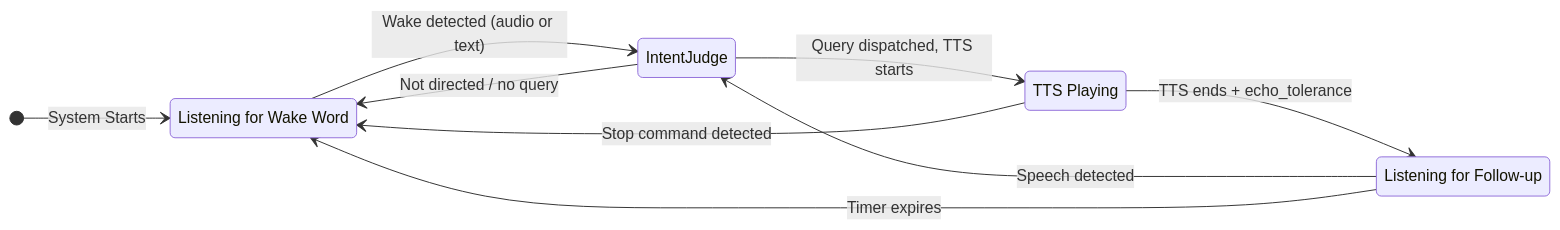
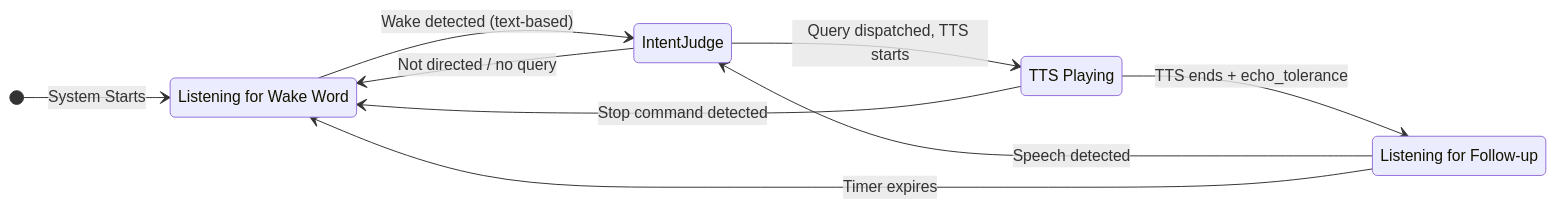
The diagram in src/jarvis/listening/listening.spec.md (isair/jarvis), drawn with Mermaid before and after one commit. The commit also changed other lines of this file and 35 other files, not shown here.

````diff
--- a/src/jarvis/listening/listening.spec.md
+++ b/src/jarvis/listening/listening.spec.md
@@ -272,17 +260,17 @@
 ```mermaid
 stateDiagram-v2
     direction LR
     [*] --> WakeWord: System Starts
 
     WakeWord: Listening for Wake Word
     HotWindow: Listening for Follow-up
     DuringTTS: TTS Playing
 
-    WakeWord --> IntentJudge: Wake detected (audio or text)
+    WakeWord --> IntentJudge: Wake detected (text-based)
     IntentJudge --> DuringTTS: Query dispatched, TTS starts
     IntentJudge --> WakeWord: Not directed / no query
     DuringTTS --> HotWindow: TTS ends + echo_tolerance
     HotWindow --> IntentJudge: Speech detected
     HotWindow --> WakeWord: Timer expires
     DuringTTS --> WakeWord: Stop command detected
 ```
````
